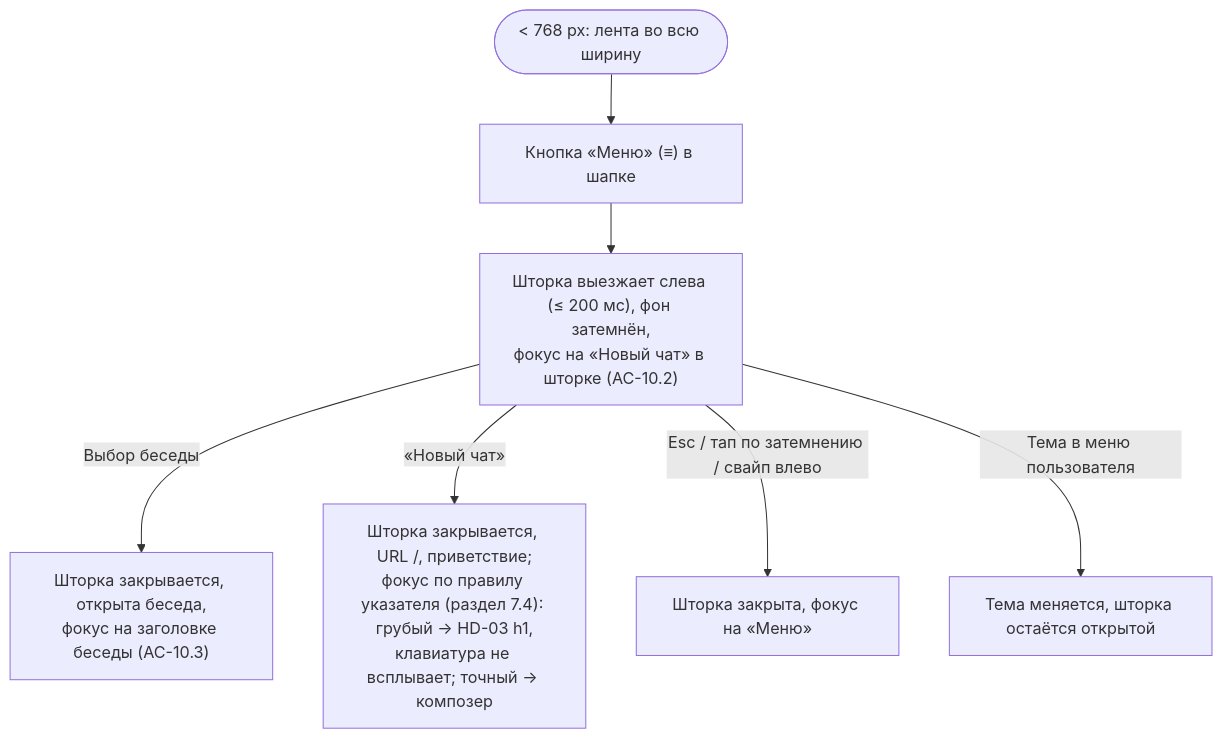
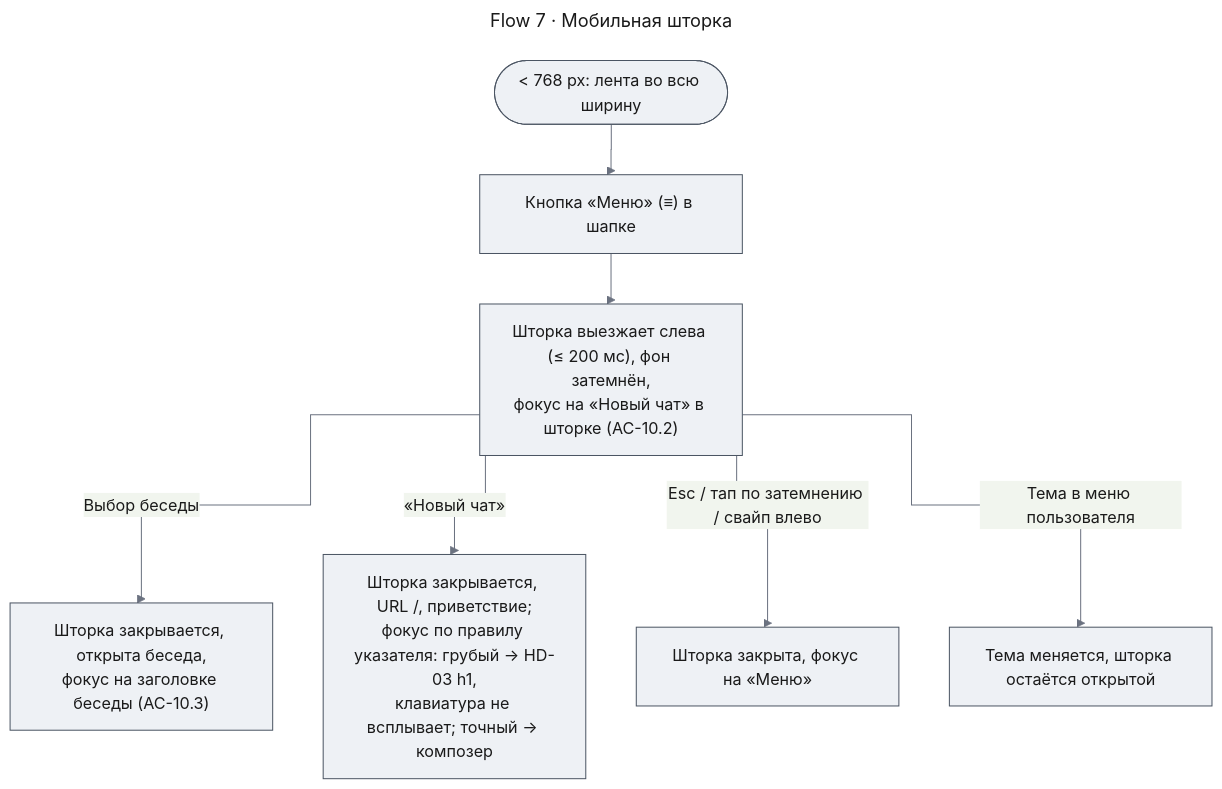
One commit to tundraray/agent-os changed diagram 12 of 14 in docs/features/chat-shell/uxrd.md. Above: the diagram before and after it, drawn with Mermaid. The commit also changed other lines of this file and 10 other files, not shown here.

````diff
--- a/docs/features/chat-shell/uxrd.md
+++ b/docs/features/chat-shell/uxrd.md
@@ -287,9 +799,22 @@
 ```mermaid
+---
+title: "Flow 7 · Мобильная шторка"
+config:
+  theme: base
+  look: classic
+  themeVariables:
+    primaryColor: "#eef1f5"
+    primaryBorderColor: "#4b5563"
+    primaryTextColor: "#1a1a1a"
+    lineColor: "#6b7280"
+  flowchart:
+    curve: step
+---
 flowchart TD
     A(["< 768 px: лента во всю ширину"]) --> B["Кнопка «Меню» (≡) в шапке"]
     B --> C["Шторка выезжает слева (≤ 200 мс), фон затемнён,<br/>фокус на «Новый чат» в шторке (AC-10.2)"]
     C -->|Выбор беседы| D["Шторка закрывается, открыта беседа,<br/>фокус на заголовке беседы (AC-10.3)"]
-    C -->|«Новый чат»| E["Шторка закрывается, URL /, приветствие;<br/>фокус по правилу указателя (раздел 7.4): грубый → HD-03 h1,<br/>клавиатура не всплывает; точный → композер"]
+    C -->|«Новый чат»| E["Шторка закрывается, URL /, приветствие;<br/>фокус по правилу указателя: грубый → HD-03 h1,<br/>клавиатура не всплывает; точный → композер"]
     C -->|Esc / тап по затемнению / свайп влево| F["Шторка закрыта, фокус на «Меню»"]
     C -->|Тема в меню пользователя| G["Тема меняется, шторка остаётся открытой"]
 ```
````
